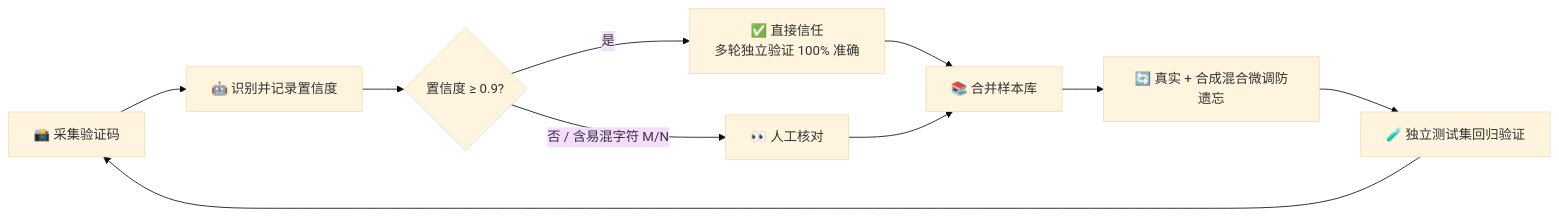
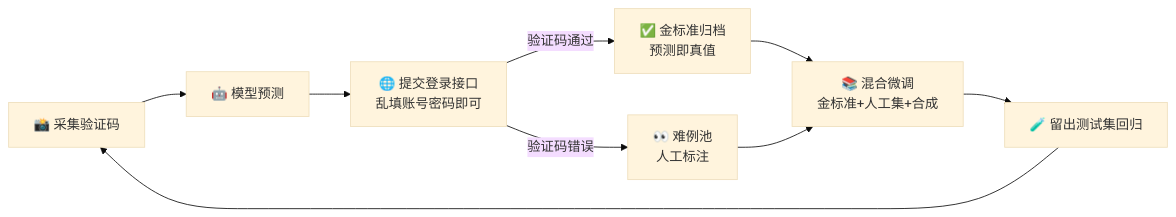
One commit to Conastin/VerificationCode changed the diagram in README.md. Above: the diagram before and after it, drawn with Mermaid (base theme). The commit also changed other lines of this file, not shown here.

````diff
--- a/README.md
+++ b/README.md
@@ -155,12 +146,11 @@
 ```mermaid
 flowchart LR
-    A[📸 采集验证码] --> B[🤖 识别并记录置信度]
-    B --> C{置信度 ≥ 0.9?}
-    C -- 是 --> D[✅ 直接信任<br>多轮独立验证 100% 准确]
-    C -- 否 / 含易混字符 M/N --> E[👀 人工核对]
-    D --> F[📚 合并样本库]
+    A[📸 采集验证码] --> B[🤖 模型预测]
+    B --> C[🌐 提交登录接口<br>乱填账号密码即可]
+    C -->|验证码通过| D[✅ 金标准归档<br>预测即真值]
+    C -->|验证码错误| E[👀 难例池<br>人工标注]
+    D --> F[📚 混合微调<br>金标准+人工集+合成]
     E --> F
-    F --> G[🔄 真实 + 合成混合微调防遗忘]
-    G --> H[🧪 独立测试集回归验证]
-    H --> A
+    F --> G[🧪 留出测试集回归]
+    G --> A
 ```
````
